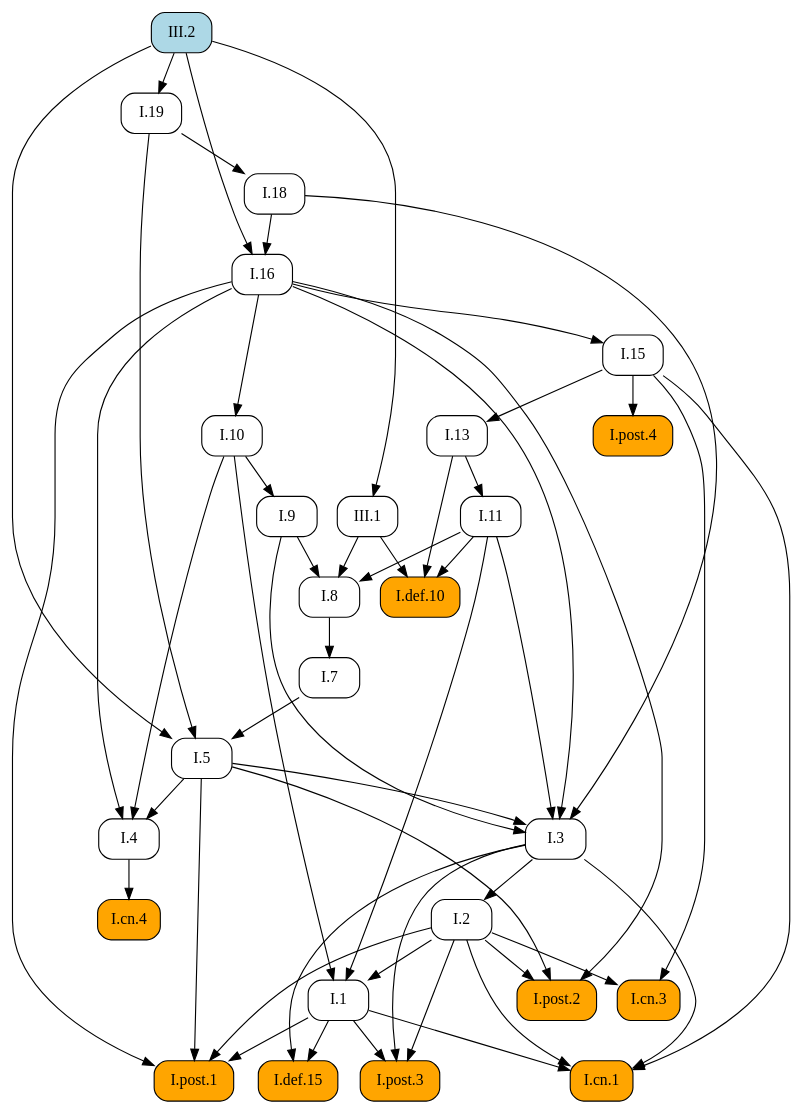
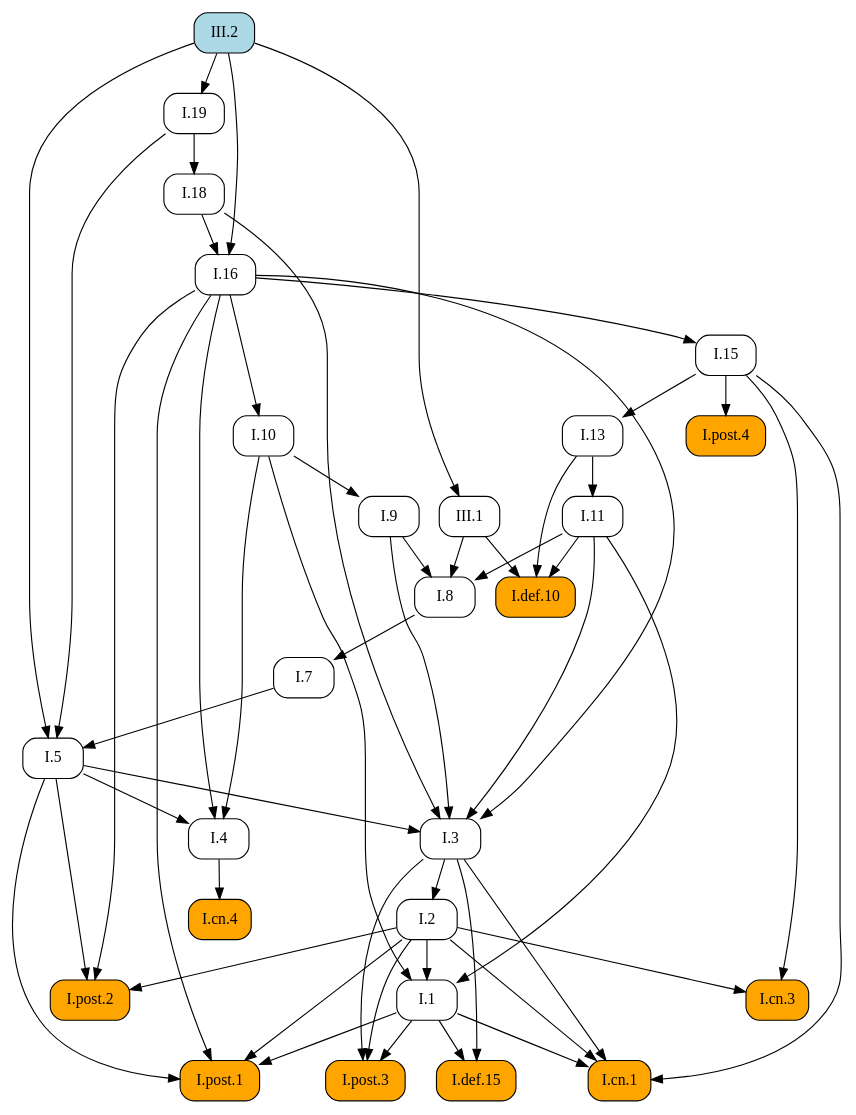
One commit to geometor/elements changed the diagram in docsrc/heath/III/2/index.rst. Above: the diagram before and after it, drawn with Graphviz. The commit also changed other lines of this file and 484 other files, not shown here.

```diff
--- a/docsrc/heath/III/2/index.rst
+++ b/docsrc/heath/III/2/index.rst
@@ -85,82 +85,82 @@
    digraph {
      rankdir="TB";
      node [shape=box, style=rounded];
-     "I.def.10" [style="rounded,filled", fillcolor=orange, URL="/heath/I/def.10/", target="_top"];
-     "I.11" [URL="/heath/I/11/", target="_top"];
-     "I.post.4" [style="rounded,filled", fillcolor=orange, URL="/heath/I/post.4/", target="_top"];
-     "I.1" [URL="/heath/I/1/", target="_top"];
-     "I.7" [URL="/heath/I/7/", target="_top"];
-     "I.3" [URL="/heath/I/3/", target="_top"];
-     "I.2" [URL="/heath/I/2/", target="_top"];
-     "I.4" [URL="/heath/I/4/", target="_top"];
-     "I.13" [URL="/heath/I/13/", target="_top"];
-     "I.post.2" [style="rounded,filled", fillcolor=orange, URL="/heath/I/post.2/", target="_top"];
-     "III.2" [style="rounded,filled", fillcolor=lightblue, URL="/heath/III/2/", target="_top"];
-     "I.18" [URL="/heath/I/18/", target="_top"];
-     "I.16" [URL="/heath/I/16/", target="_top"];
-     "I.def.15" [style="rounded,filled", fillcolor=orange, URL="/heath/I/def.15/", target="_top"];
-     "I.19" [URL="/heath/I/19/", target="_top"];
-     "I.post.3" [style="rounded,filled", fillcolor=orange, URL="/heath/I/post.3/", target="_top"];
      "I.9" [URL="/heath/I/9/", target="_top"];
      "I.cn.1" [style="rounded,filled", fillcolor=orange, URL="/heath/I/cn.1/", target="_top"];
+     "I.7" [URL="/heath/I/7/", target="_top"];
+     "I.2" [URL="/heath/I/2/", target="_top"];
+     "I.def.15" [style="rounded,filled", fillcolor=orange, URL="/heath/I/def.15/", target="_top"];
+     "III.2" [style="rounded,filled", fillcolor=lightblue, URL="/heath/III/2/", target="_top"];
+     "I.13" [URL="/heath/I/13/", target="_top"];
+     "I.post.4" [style="rounded,filled", fillcolor=orange, URL="/heath/I/post.4/", target="_top"];
+     "I.4" [URL="/heath/I/4/", target="_top"];
+     "I.1" [URL="/heath/I/1/", target="_top"];
+     "I.post.3" [style="rounded,filled", fillcolor=orange, URL="/heath/I/post.3/", target="_top"];
+     "III.1" [URL="/heath/III/1/", target="_top"];
+     "I.post.1" [style="rounded,filled", fillcolor=orange, URL="/heath/I/post.1/", target="_top"];
+     "I.19" [URL="/heath/I/19/", target="_top"];
+     "I.5" [URL="/heath/I/5/", target="_top"];
+     "I.8" [URL="/heath/I/8/", target="_top"];
      "I.cn.3" [style="rounded,filled", fillcolor=orange, URL="/heath/I/cn.3/", target="_top"];
-     "III.1" [URL="/heath/III/1/", target="_top"];
-     "I.8" [URL="/heath/I/8/", target="_top"];
+     "I.16" [URL="/heath/I/16/", target="_top"];
+     "I.def.10" [style="rounded,filled", fillcolor=orange, URL="/heath/I/def.10/", target="_top"];
+     "I.18" [URL="/heath/I/18/", target="_top"];
+     "I.15" [URL="/heath/I/15/", target="_top"];
+     "I.10" [URL="/heath/I/10/", target="_top"];
+     "I.11" [URL="/heath/I/11/", target="_top"];
      "I.cn.4" [style="rounded,filled", fillcolor=orange, URL="/heath/I/cn.4/", target="_top"];
-     "I.15" [URL="/heath/I/15/", target="_top"];
-     "I.post.1" [style="rounded,filled", fillcolor=orange, URL="/heath/I/post.1/", target="_top"];
-     "I.10" [URL="/heath/I/10/", target="_top"];
-     "I.5" [URL="/heath/I/5/", target="_top"];
+     "I.post.2" [style="rounded,filled", fillcolor=orange, URL="/heath/I/post.2/", target="_top"];
+     "I.3" [URL="/heath/I/3/", target="_top"];
+     "I.10" -> "I.9";
+     "I.1" -> "I.cn.1";
+     "I.2" -> "I.cn.1";
+     "I.3" -> "I.cn.1";
+     "I.15" -> "I.cn.1";
+     "I.8" -> "I.7";
+     "I.3" -> "I.2";
+     "I.1" -> "I.def.15";
+     "I.3" -> "I.def.15";
+     "I.15" -> "I.13";
+     "I.15" -> "I.post.4";
+     "I.5" -> "I.4";
+     "I.10" -> "I.4";
+     "I.16" -> "I.4";
+     "I.2" -> "I.1";
+     "I.10" -> "I.1";
+     "I.11" -> "I.1";
+     "I.1" -> "I.post.3";
+     "I.2" -> "I.post.3";
+     "I.3" -> "I.post.3";
+     "III.2" -> "III.1";
+     "I.1" -> "I.post.1";
+     "I.2" -> "I.post.1";
+     "I.5" -> "I.post.1";
+     "I.16" -> "I.post.1";
+     "III.2" -> "I.19";
+     "I.7" -> "I.5";
+     "I.19" -> "I.5";
+     "III.2" -> "I.5";
+     "I.9" -> "I.8";
+     "I.11" -> "I.8";
+     "III.1" -> "I.8";
+     "I.2" -> "I.cn.3";
+     "I.15" -> "I.cn.3";
+     "I.18" -> "I.16";
+     "III.2" -> "I.16";
      "I.11" -> "I.def.10";
      "I.13" -> "I.def.10";
      "III.1" -> "I.def.10";
+     "I.19" -> "I.18";
+     "I.16" -> "I.15";
+     "I.16" -> "I.10";
      "I.13" -> "I.11";
-     "I.15" -> "I.post.4";
-     "I.2" -> "I.1";
-     "I.10" -> "I.1";
-     "I.11" -> "I.1";
-     "I.8" -> "I.7";
+     "I.4" -> "I.cn.4";
+     "I.2" -> "I.post.2";
+     "I.5" -> "I.post.2";
+     "I.16" -> "I.post.2";
      "I.5" -> "I.3";
      "I.9" -> "I.3";
      "I.11" -> "I.3";
      "I.16" -> "I.3";
      "I.18" -> "I.3";
-     "I.3" -> "I.2";
-     "I.5" -> "I.4";
-     "I.10" -> "I.4";
-     "I.16" -> "I.4";
-     "I.15" -> "I.13";
-     "I.2" -> "I.post.2";
-     "I.5" -> "I.post.2";
-     "I.16" -> "I.post.2";
-     "I.19" -> "I.18";
-     "I.18" -> "I.16";
-     "III.2" -> "I.16";
-     "I.1" -> "I.def.15";
-     "I.3" -> "I.def.15";
-     "III.2" -> "I.19";
-     "I.1" -> "I.post.3";
-     "I.2" -> "I.post.3";
-     "I.3" -> "I.post.3";
-     "I.10" -> "I.9";
-     "I.1" -> "I.cn.1";
-     "I.2" -> "I.cn.1";
-     "I.3" -> "I.cn.1";
-     "I.15" -> "I.cn.1";
-     "I.2" -> "I.cn.3";
-     "I.15" -> "I.cn.3";
-     "III.2" -> "III.1";
-     "I.9" -> "I.8";
-     "I.11" -> "I.8";
-     "III.1" -> "I.8";
-     "I.4" -> "I.cn.4";
-     "I.16" -> "I.15";
-     "I.1" -> "I.post.1";
-     "I.2" -> "I.post.1";
-     "I.5" -> "I.post.1";
-     "I.16" -> "I.post.1";
-     "I.16" -> "I.10";
-     "I.7" -> "I.5";
-     "I.19" -> "I.5";
-     "III.2" -> "I.5";
    }
```
